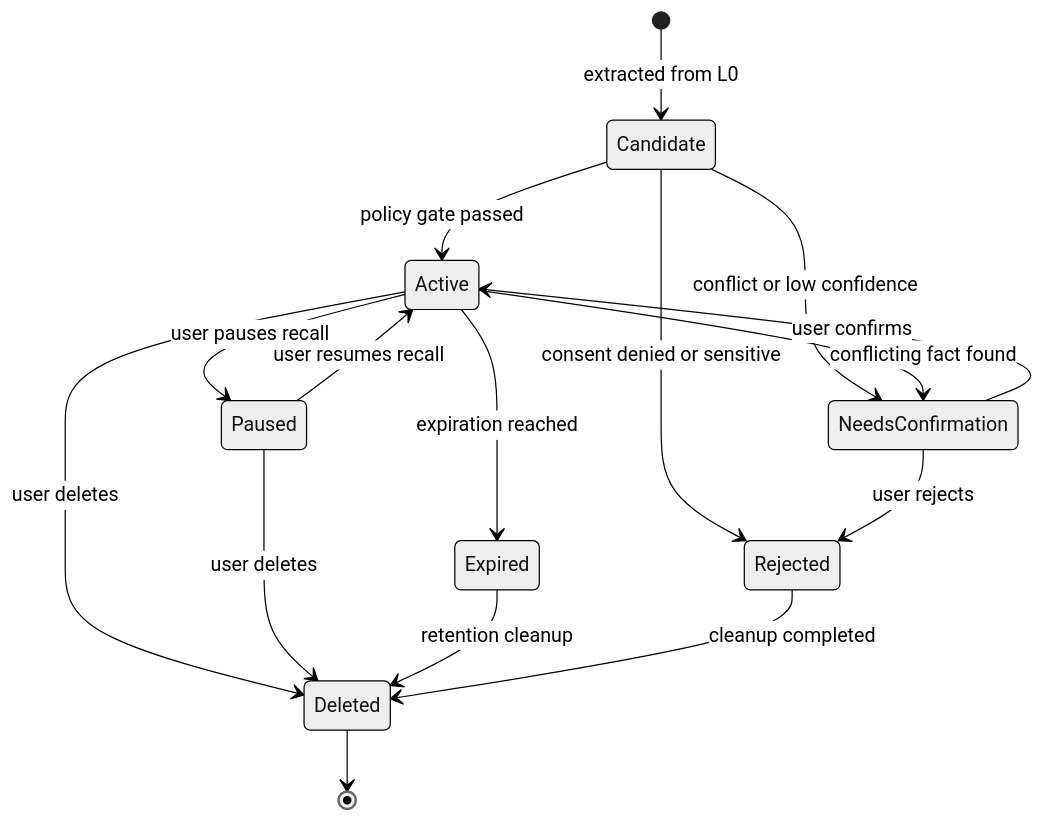
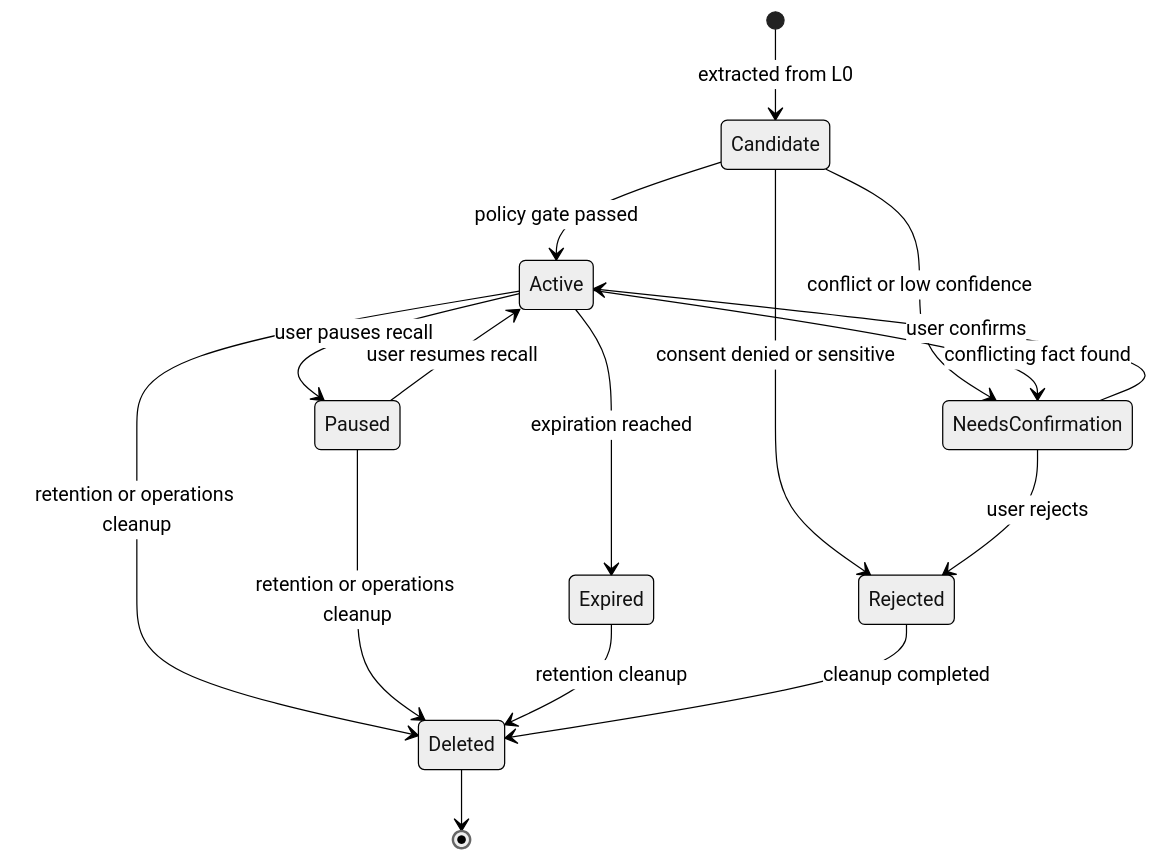
Before and after one commit to gaoyong06/companion-service: the third of 11 diagrams in docs/uml.md, drawn with Mermaid (neutral theme). The commit also changed other lines of this file and 50 other files, not shown here.

````diff
--- a/docs/uml.md
+++ b/docs/uml.md
@@ -33,18 +51,18 @@
 ```mermaid
 stateDiagram-v2
     [*] --> Candidate: extracted from L0
     Candidate --> Rejected: consent denied or sensitive
     Candidate --> Active: policy gate passed
     Candidate --> NeedsConfirmation: conflict or low confidence
     NeedsConfirmation --> Active: user confirms
     NeedsConfirmation --> Rejected: user rejects
     Active --> Paused: user pauses recall
     Paused --> Active: user resumes recall
     Active --> Expired: expiration reached
     Active --> NeedsConfirmation: conflicting fact found
-    Active --> Deleted: user deletes
-    Paused --> Deleted: user deletes
+    Active --> Deleted: retention or operations cleanup
+    Paused --> Deleted: retention or operations cleanup
     Expired --> Deleted: retention cleanup
     Rejected --> Deleted: cleanup completed
     Deleted --> [*]
 ```
````
